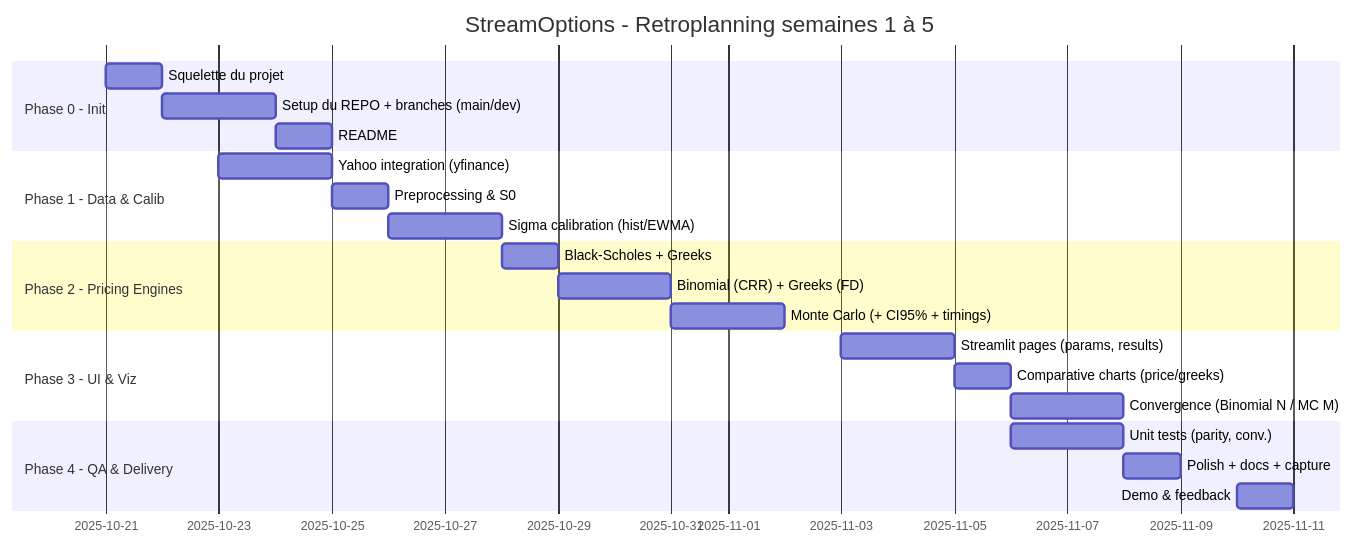
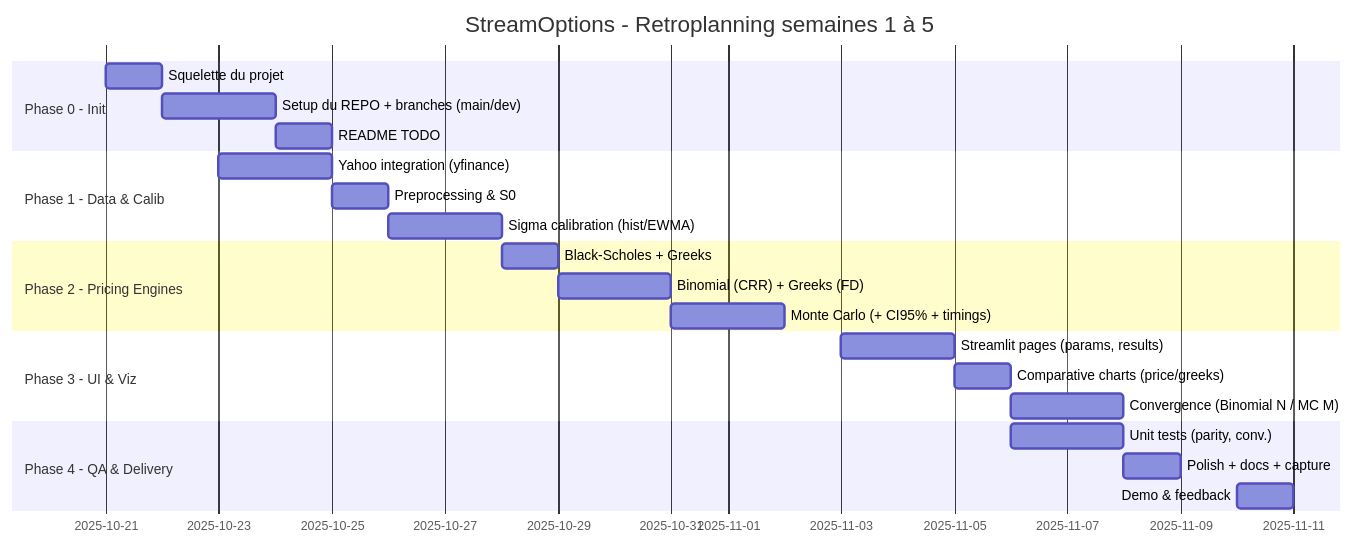
One commit to Karam-Benameur/stream_options changed the diagram in roadmap/Gantt_Diagram.md. Above: the diagram before and after it, drawn with Mermaid.

````diff
--- a/roadmap/Gantt_Diagram.md
+++ b/roadmap/Gantt_Diagram.md
@@ -1,31 +1,31 @@
 ```mermaid
 gantt
     title StreamOptions - Retroplanning semaines 1 à 5
     dateFormat  DD-MM-YYYY
     includes    weekends
 
     section Phase 0 - Init
     Squelette du projet                 :s1, 21-10-2025, 1d
     Setup du REPO + branches (main/dev) :s2, after s1, 2d
-     README                              :s3, after s2, 1d
+    README TODO                         :s3, after s2, 1d
 
     section Phase 1 - Data & Calib
     Yahoo integration (yfinance)        :d1, 23-10-2025, 2d
     Preprocessing & S0                  :d2, after d1, 1d
     Sigma calibration (hist/EWMA)       :d3, after d2, 2d
 
     section Phase 2 - Pricing Engines
     Black-Scholes + Greeks              :p1, 2025-10-28, 1d
     Binomial (CRR) + Greeks (FD)        :p2, after p1, 2d
     Monte Carlo (+ CI95% + timings)     :p3, after p2, 2d
 
     section Phase 3 - UI & Viz
     Streamlit pages (params, results)   :u1, 2025-11-03, 2d
     Comparative charts (price/greeks)   :u2, after u1, 1d
     Convergence (Binomial N / MC M)     :u3, after u2, 2d
 
     section Phase 4 - QA & Delivery
     Unit tests (parity, conv.)          :q1, 2025-11-06, 2d
     Polish + docs + capture             :q2, after q1, 1d
     Demo & feedback                     :dl, 2025-11-10, 1d
 ```
````
